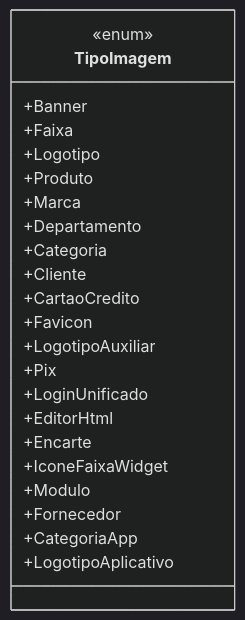
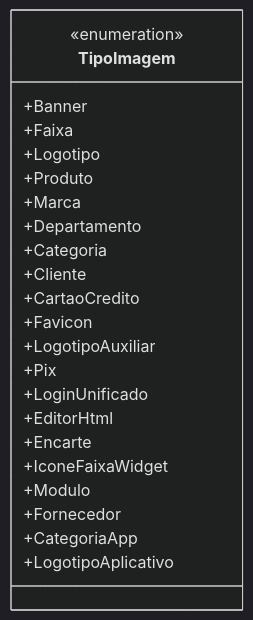
One commit to IsthmusSistemas/documentacao-tecnica changed the diagram in docs/b2b-dominio/IsthmusWinthor.Nucleo/IsthmusWinthor.Dominio/Enumeradores/TipoImagem.md. Above: the diagram before and after it, drawn with Mermaid (dark theme). The commit also changed other lines of this file and 882 other files, not shown here.

````diff
--- a/docs/b2b-dominio/IsthmusWinthor.Nucleo/IsthmusWinthor.Dominio/Enumeradores/TipoImagem.md
+++ b/docs/b2b-dominio/IsthmusWinthor.Nucleo/IsthmusWinthor.Dominio/Enumeradores/TipoImagem.md
@@ -13,26 +20,26 @@
 ```mermaid
 classDiagram
     class TipoImagem {
-        <<enum>>
+        <<enumeration>>
         +Banner
         +Faixa
         +Logotipo
         +Produto
         +Marca
         +Departamento
         +Categoria
         +Cliente
         +CartaoCredito
         +Favicon
         +LogotipoAuxiliar
         +Pix
         +LoginUnificado
         +EditorHtml
         +Encarte
         +IconeFaixaWidget
         +Modulo
         +Fornecedor
         +CategoriaApp
         +LogotipoAplicativo
     }
 ```
````
